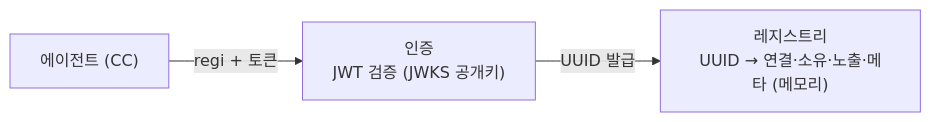
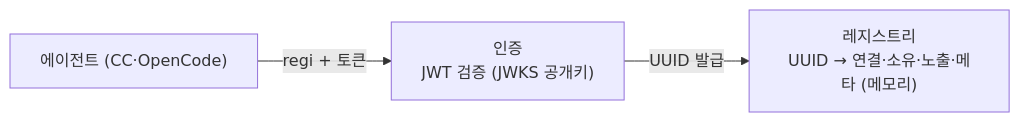
Before and after one commit to nice1st/agent-roster: the first of 3 diagrams in docs/architecture.md, drawn with Mermaid. The commit also changed other lines of this file and 35 other files, not shown here.

Commit message:
feat: OpenCode 클라이언트 플러그인 — 세션당 등록·주입, client-core 공용층 분리

````diff
--- a/docs/architecture.md
+++ b/docs/architecture.md
@@ -24,9 +26,9 @@
 ```mermaid
 flowchart LR
-    CLIENT["에이전트 (CC)"]
+    CLIENT["에이전트 (CC·OpenCode)"]
     AUTH["인증<br/>JWT 검증 (JWKS 공개키)"]
     REG["레지스트리<br/>UUID → 연결·소유·노출·메타 (메모리)"]
 
     CLIENT -->|regi + 토큰| AUTH
     AUTH -->|UUID 발급| REG
 ```
````
